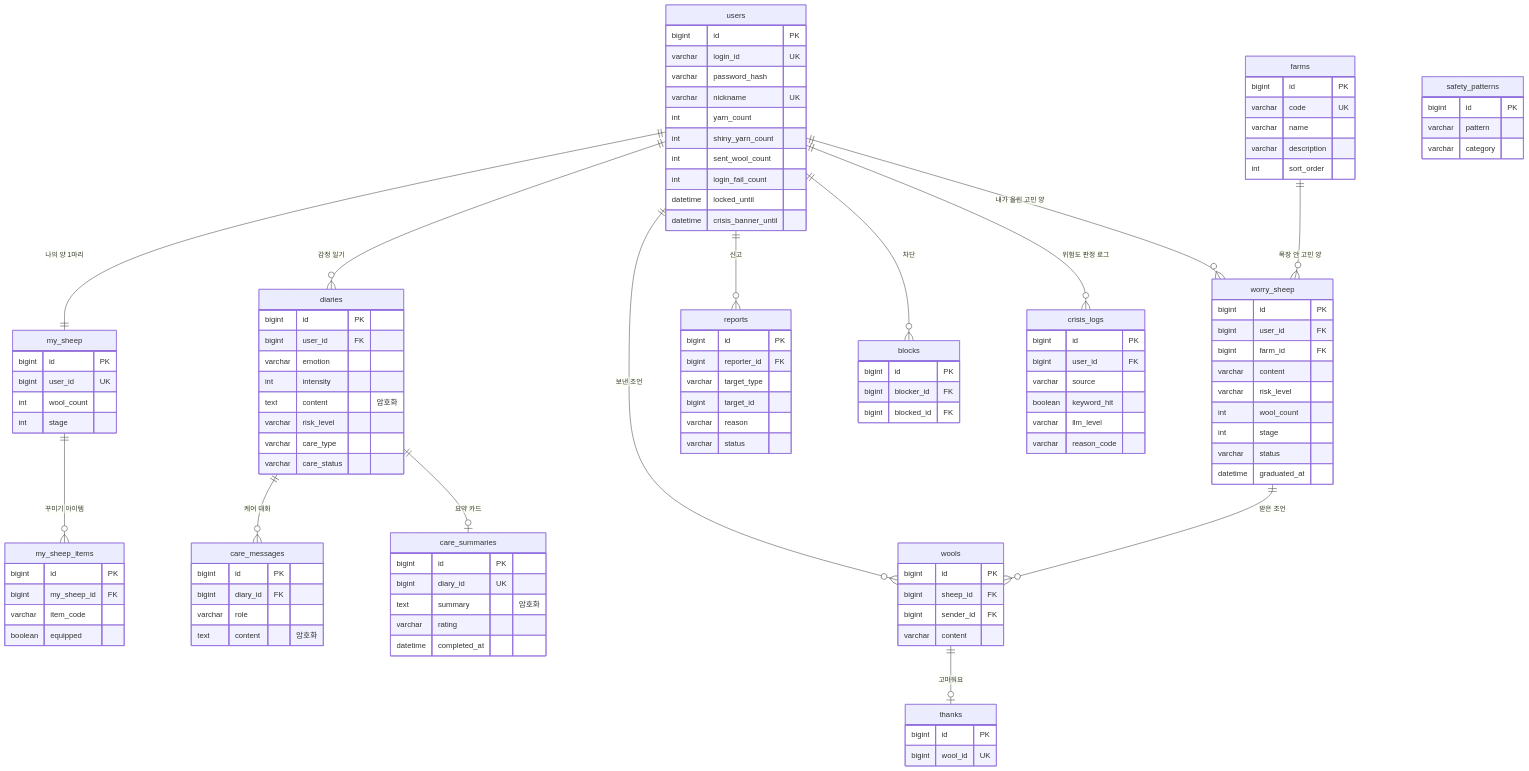
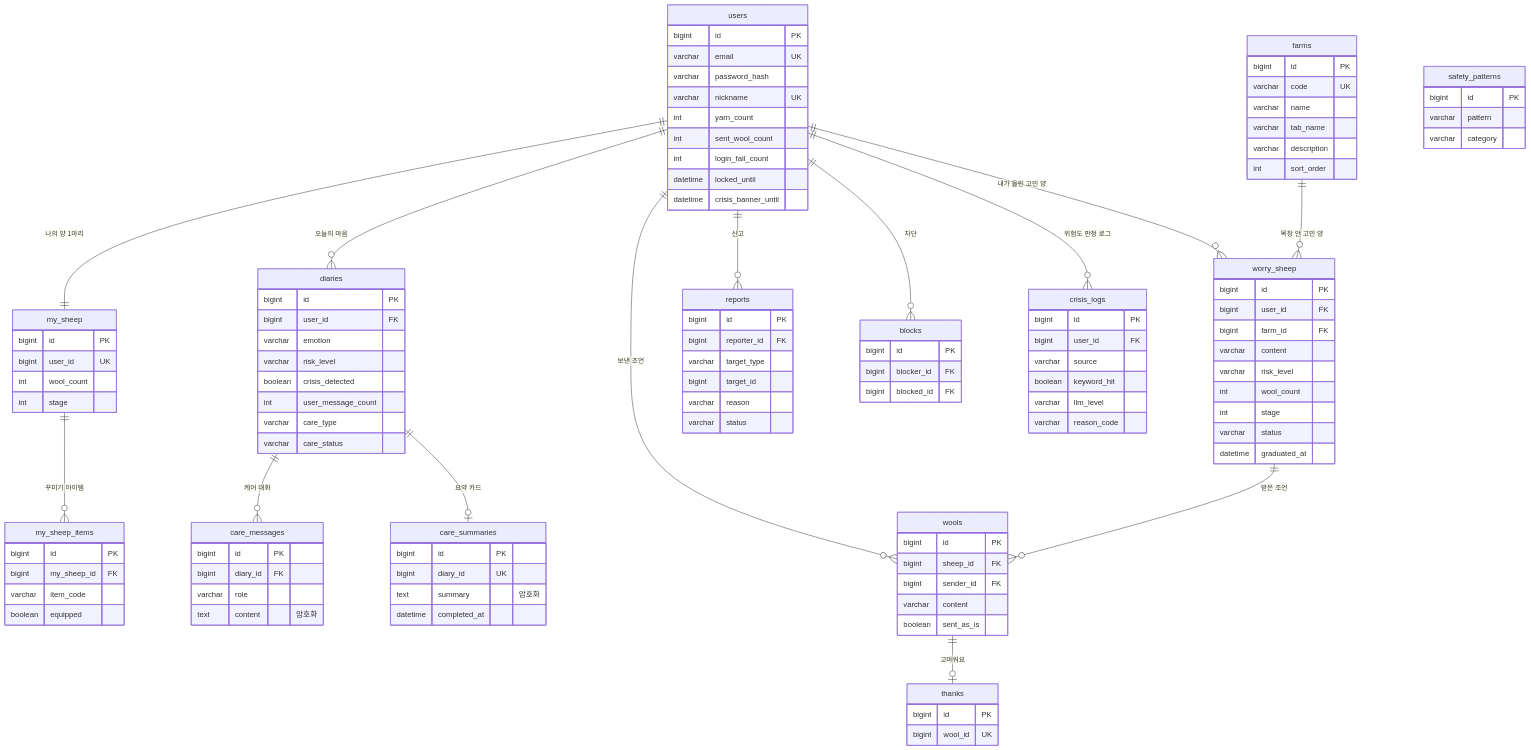
One commit to 2026Ganzi-Thon/2026_GANZITHON_TEAM_15_BE changed the diagram in docs/ERD.md. Above: the diagram before and after it, drawn with Mermaid. The commit also changed other lines of this file and 21 other files, not shown here.

```diff
--- a/docs/ERD.md
+++ b/docs/ERD.md
@@ -6,7 +6,7 @@
 erDiagram
     users ||--|| my_sheep : "나의 양 1마리"
     my_sheep ||--o{ my_sheep_items : "꾸미기 아이템"
-    users ||--o{ diaries : "감정 일기"
+    users ||--o{ diaries : "오늘의 마음"
     diaries ||--o{ care_messages : "케어 대화"
     diaries ||--o| care_summaries : "요약 카드"
     farms ||--o{ worry_sheep : "목장 안 고민 양"
@@ -20,11 +20,10 @@
 
     users {
         bigint id PK
-        varchar login_id UK
+        varchar email UK
         varchar password_hash
         varchar nickname UK
         int yarn_count
-        int shiny_yarn_count
         int sent_wool_count
         int login_fail_count
         datetime locked_until
@@ -46,9 +45,9 @@
         bigint id PK
         bigint user_id FK
         varchar emotion
-        int intensity
-        text content "암호화"
         varchar risk_level
+        boolean crisis_detected
+        int user_message_count
         varchar care_type
         varchar care_status
     }
@@ -62,13 +61,13 @@
         bigint id PK
         bigint diary_id UK
         text summary "암호화"
-        varchar rating
         datetime completed_at
     }
     farms {
         bigint id PK
         varchar code UK
         varchar name
+        varchar tab_name
         varchar description
         int sort_order
     }
@@ -88,6 +87,7 @@
         bigint sheep_id FK
         bigint sender_id FK
         varchar content
+        boolean sent_as_is
     }
     thanks {
         bigint id PK
```
